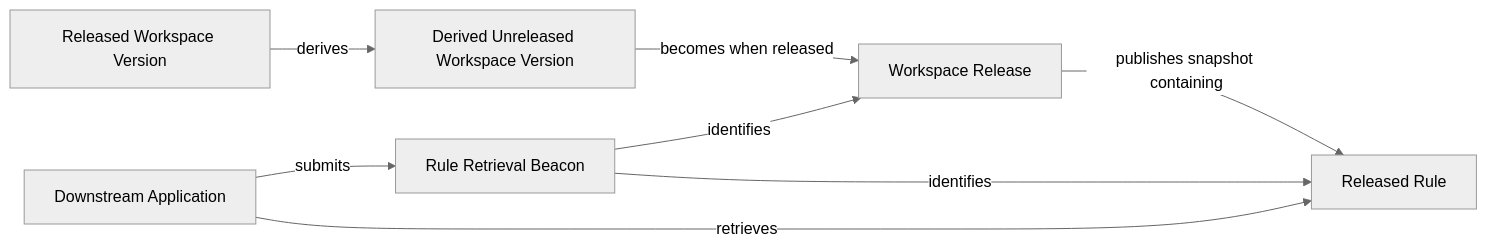
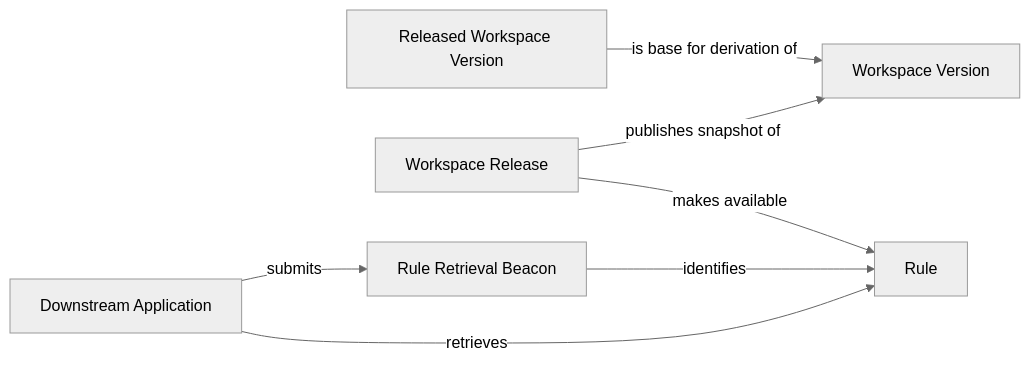
Before and after one commit to huang-xiao-jian/themis: the third of 3 diagrams in specs/copernicus/relationships.md, drawn with Mermaid (neutral theme). The commit also changed other lines of this file and 31 other files, not shown here.

````diff
--- a/specs/copernicus/relationships.md
+++ b/specs/copernicus/relationships.md
@@ -106,17 +184,16 @@
 ```mermaid
 flowchart LR
     base[Released Workspace Version]
-    derived[Derived Unreleased Workspace Version]
+    version[Workspace Version]
     release[Workspace Release]
+    rule[Rule]
     beacon[Rule Retrieval Beacon]
-    rule[Released Rule]
     app[Downstream Application]
 
-    base -->|derives| derived
-    derived -->|becomes when released| release
-    release -->|publishes snapshot containing| rule
-    beacon -->|identifies| release
+    base -->|is base for derivation of| version
+    release -->|publishes snapshot of| version
+    release -->|makes available| rule
     beacon -->|identifies| rule
     app -->|submits| beacon
     app -->|retrieves| rule
 ```
````
